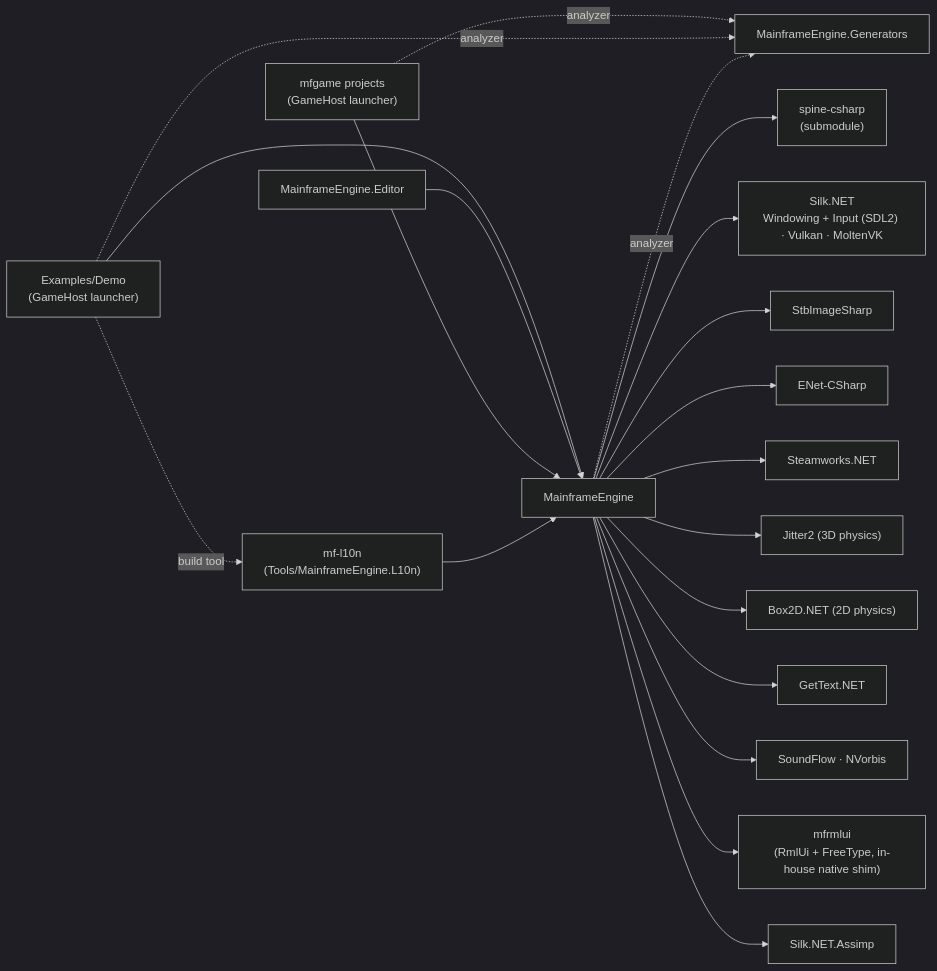
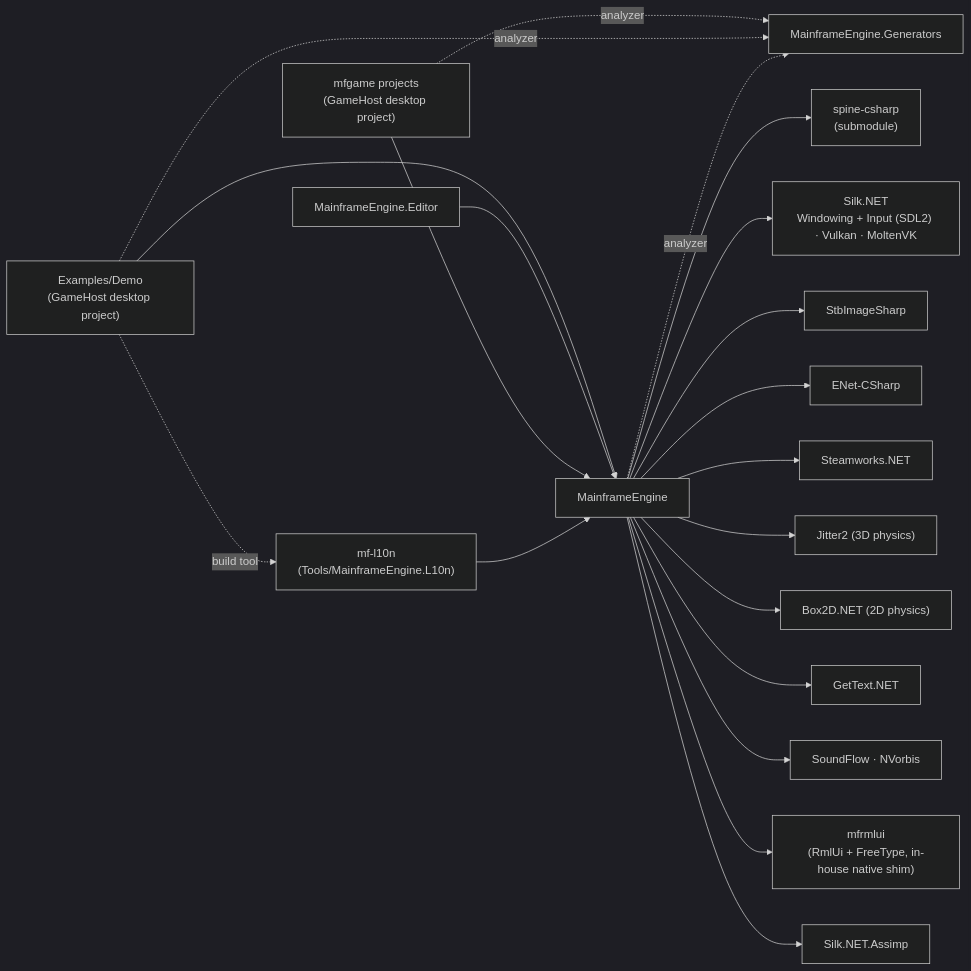
One commit to Mainframe-Games/mainframe-engine changed the diagram in docs/design/architecture-overview.md. Above: the diagram before and after it, drawn with Mermaid (dark theme). The commit also changed other lines of this file and 42 other files, not shown here.

First line of the commit message:
Templates & Demo: rename the Launcher project to Desktop (MyGame.Desktop, Demo.Desktop) (#17)

````diff
--- a/docs/design/architecture-overview.md
+++ b/docs/design/architecture-overview.md
@@ -62,22 +62,22 @@
 ```mermaid
 flowchart LR
-    Demo["Examples/Demo<br/>(GameHost launcher)"] --> Engine["MainframeEngine"]
+    Demo["Examples/Demo<br/>(GameHost desktop project)"] --> Engine["MainframeEngine"]
     Editor["MainframeEngine.Editor"] --> Engine
-    Game["mfgame projects<br/>(GameHost launcher)"] --> Engine
+    Game["mfgame projects<br/>(GameHost desktop project)"] --> Engine
     Game -. analyzer .-> Gen
     Demo -. analyzer .-> Gen["MainframeEngine.Generators"]
     Demo -. build tool .-> L10n["mf-l10n<br/>(Tools/MainframeEngine.L10n)"]
     L10n --> Engine
     Engine -. analyzer .-> Gen
     Engine --> SpineRT["spine-csharp<br/>(submodule)"]
     Engine --> Silk["Silk.NET<br/>Windowing + Input (SDL2) · Vulkan · MoltenVK"]
     Engine --> Stb["StbImageSharp"]
     Engine --> ENet["ENet-CSharp"]
     Engine --> Steam["Steamworks.NET"]
     Engine --> Jitter["Jitter2 (3D physics)"]
     Engine --> Box2D["Box2D.NET (2D physics)"]
     Engine --> GetText["GetText.NET"]
     Engine --> Audio["SoundFlow · NVorbis"]
     Engine --> Rml["mfrmlui<br/>(RmlUi + FreeType, in-house native shim)"]
     Engine --> Assimp["Silk.NET.Assimp"]
 ```
````
